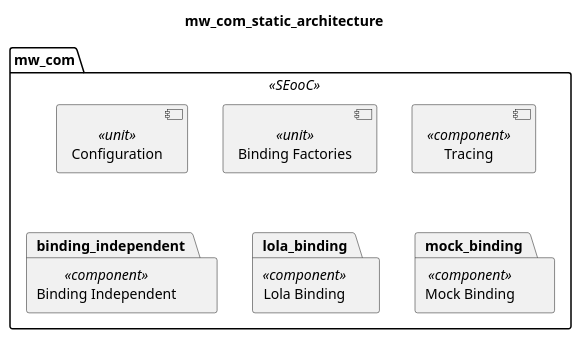
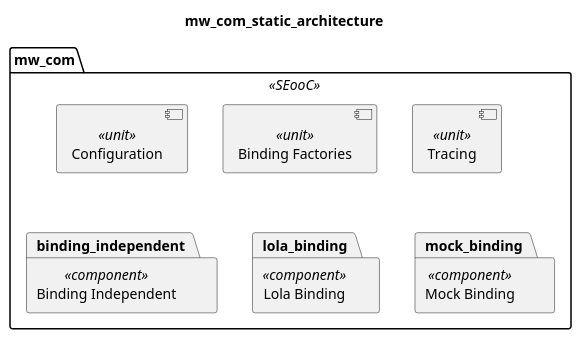
Before and after one commit to eclipse-score/communication: the diagram in score/mw/com/dependability/software_architectural_design/static_design/overall.puml, drawn with PlantUML.

Commit message:
mw/com: Make tracing a unit instead of component

```diff
--- a/score/mw/com/dependability/software_architectural_design/static_design/overall.puml
+++ b/score/mw/com/dependability/software_architectural_design/static_design/overall.puml
@@ -13,14 +13,14 @@
 @startuml safety_sentinel_mwcom_design
 title "mw_com_static_architecture"
 
 package "mw_com" as mw_com <<SEooC>>  {
   component "Configuration" as configuration <<unit>> 
   component "Binding Factories" as binding_factories <<unit>>
-  component "Tracing" as tracing <<component>> 
+  component "Tracing" as tracing <<unit>> 
 
   package "Binding Independent" as binding_independent <<component>>
   package "Lola Binding" as lola_binding <<component>>
   package "Mock Binding" as mock_binding <<component>>
 }
 
 @enduml
```
